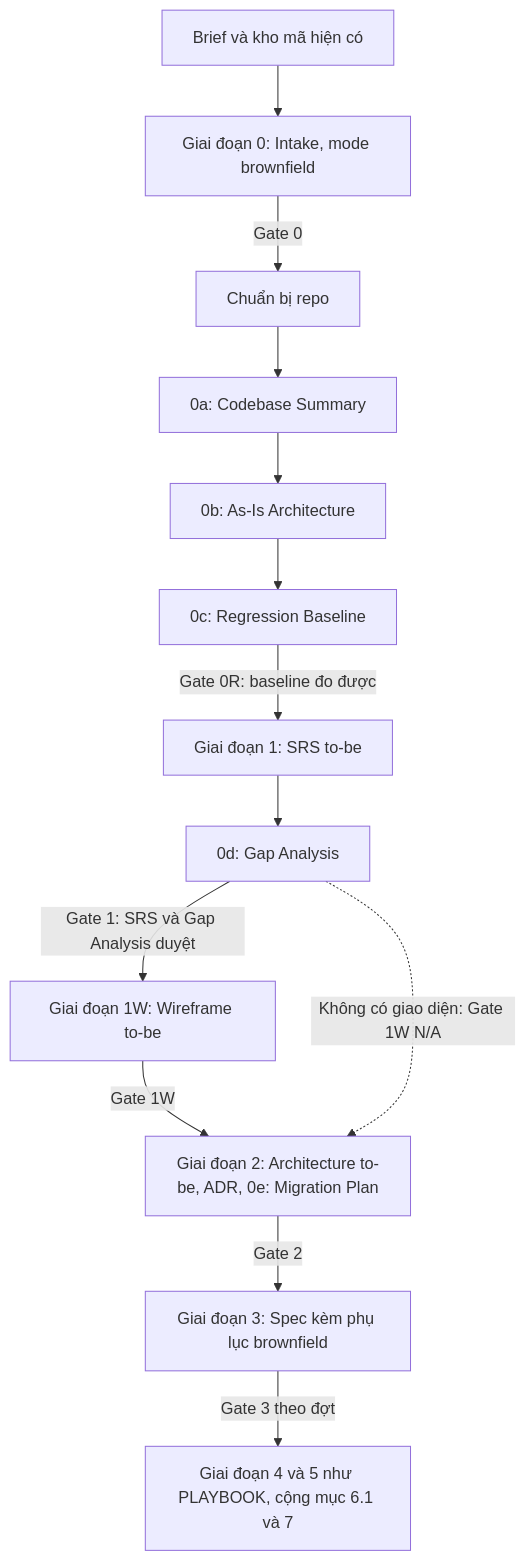
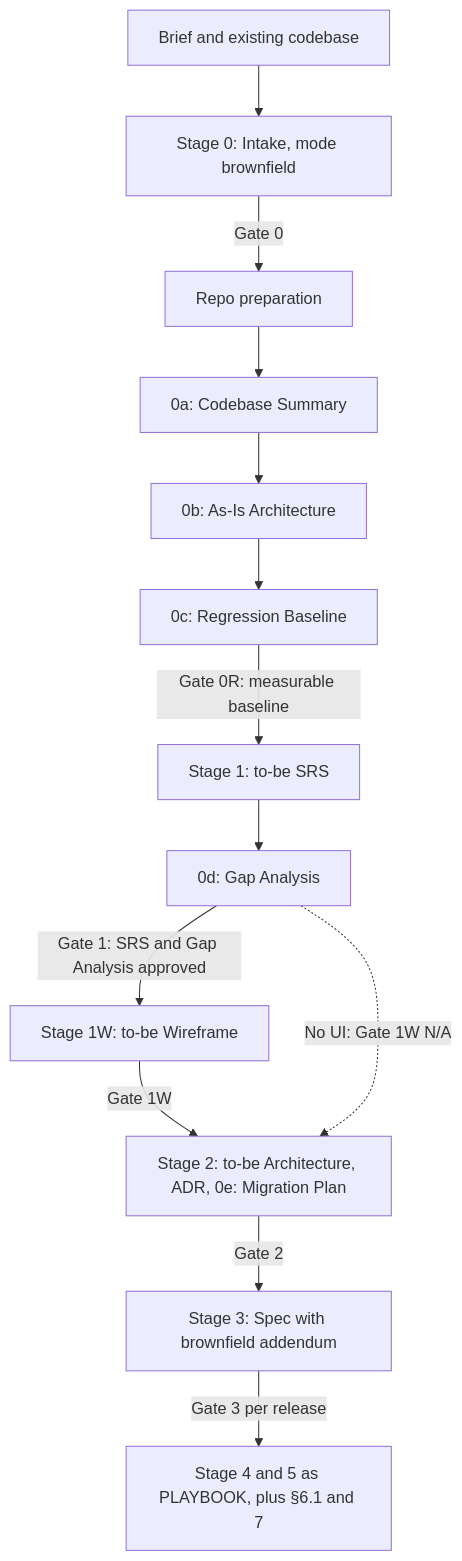
Before and after one commit to vuquoctrungbk/specflow: the diagram in skills/specflow/assets/kit/brownfield/PLAYBOOK_BROWNFIELD.md, drawn with Mermaid. The commit also changed other lines of this file and 100 other files, not shown here.

````diff
--- a/skills/specflow/assets/kit/brownfield/PLAYBOOK_BROWNFIELD.md
+++ b/skills/specflow/assets/kit/brownfield/PLAYBOOK_BROWNFIELD.md
@@ -35,15 +25,15 @@
 ```mermaid
 flowchart TD
-    B[Brief và kho mã hiện có] --> S0[Giai đoạn 0: Intake, mode brownfield]
-    S0 -->|Gate 0| P[Chuẩn bị repo]
+    B[Brief and existing codebase] --> S0[Stage 0: Intake, mode brownfield]
+    S0 -->|Gate 0| P[Repo preparation]
     P --> A[0a: Codebase Summary]
     A --> R[0b: As-Is Architecture]
     R --> C[0c: Regression Baseline]
-    C -->|Gate 0R: baseline đo được| S1[Giai đoạn 1: SRS to-be]
+    C -->|Gate 0R: measurable baseline| S1[Stage 1: to-be SRS]
     S1 --> G[0d: Gap Analysis]
-    G -->|Gate 1: SRS và Gap Analysis duyệt| W[Giai đoạn 1W: Wireframe to-be]
-    W -->|Gate 1W| S2[Giai đoạn 2: Architecture to-be, ADR, 0e: Migration Plan]
-    G -.->|Không có giao diện: Gate 1W N/A| S2
-    S2 -->|Gate 2| S3[Giai đoạn 3: Spec kèm phụ lục brownfield]
-    S3 -->|Gate 3 theo đợt| S4[Giai đoạn 4 và 5 như PLAYBOOK, cộng mục 6.1 và 7]
+    G -->|Gate 1: SRS and Gap Analysis approved| W[Stage 1W: to-be Wireframe]
+    W -->|Gate 1W| S2[Stage 2: to-be Architecture, ADR, 0e: Migration Plan]
+    G -.->|No UI: Gate 1W N/A| S2
+    S2 -->|Gate 2| S3[Stage 3: Spec with brownfield addendum]
+    S3 -->|Gate 3 per release| S4[Stage 4 and 5 as PLAYBOOK, plus §6.1 and 7]
 ```
````
